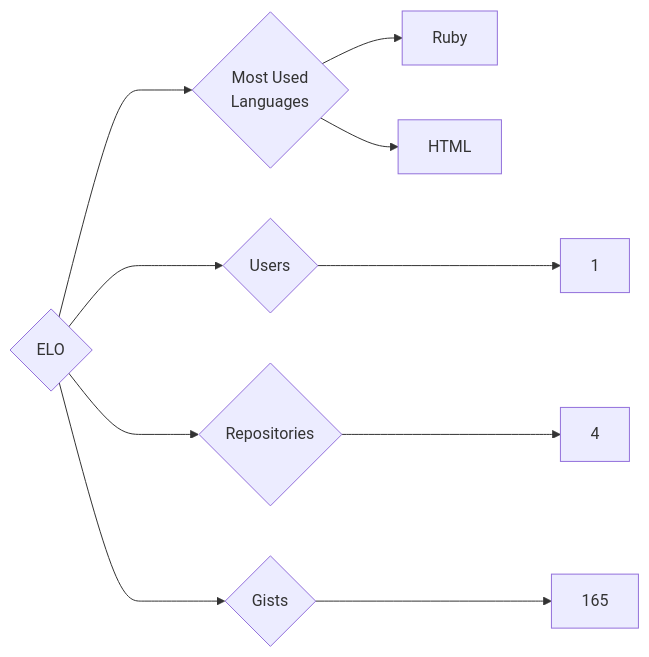
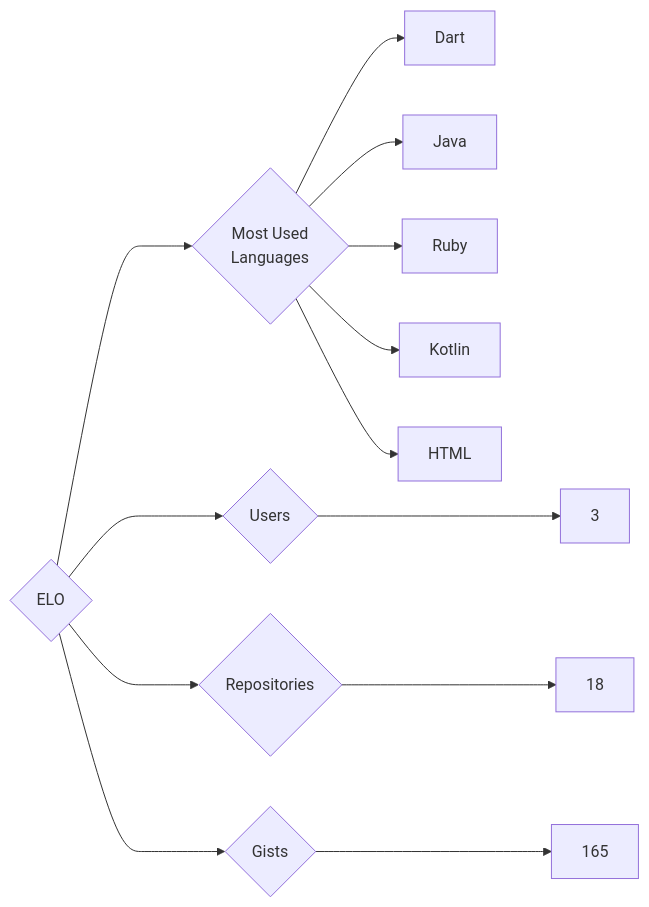
One commit to trickest/insiders changed the diagram in targets/ELO/README.md. Above: the diagram before and after it, drawn with Mermaid. The commit also changed 1020 other files, not shown here.

````diff
--- a/targets/ELO/README.md
+++ b/targets/ELO/README.md
@@ -3,10 +3,13 @@
 ```mermaid
 graph LR
 COMPANY_NAME{ELO}
-COMPANY_NAME ---> U{Users} ---> UN[1]
-COMPANY_NAME ---> R{Repositories} ---> RN[4]
+COMPANY_NAME ---> U{Users} ---> UN[3]
+COMPANY_NAME ---> R{Repositories} ---> RN[18]
 COMPANY_NAME ---> G{Gists} ---> GN[165]
 COMPANY_NAME ---> ML{Most Used<br>Languages}
+ML --> Dart[Dart]
+ML --> Java[Java]
 ML --> Ruby[Ruby]
+ML --> Kotlin[Kotlin]
 ML --> HTML[HTML]
 ```
````
